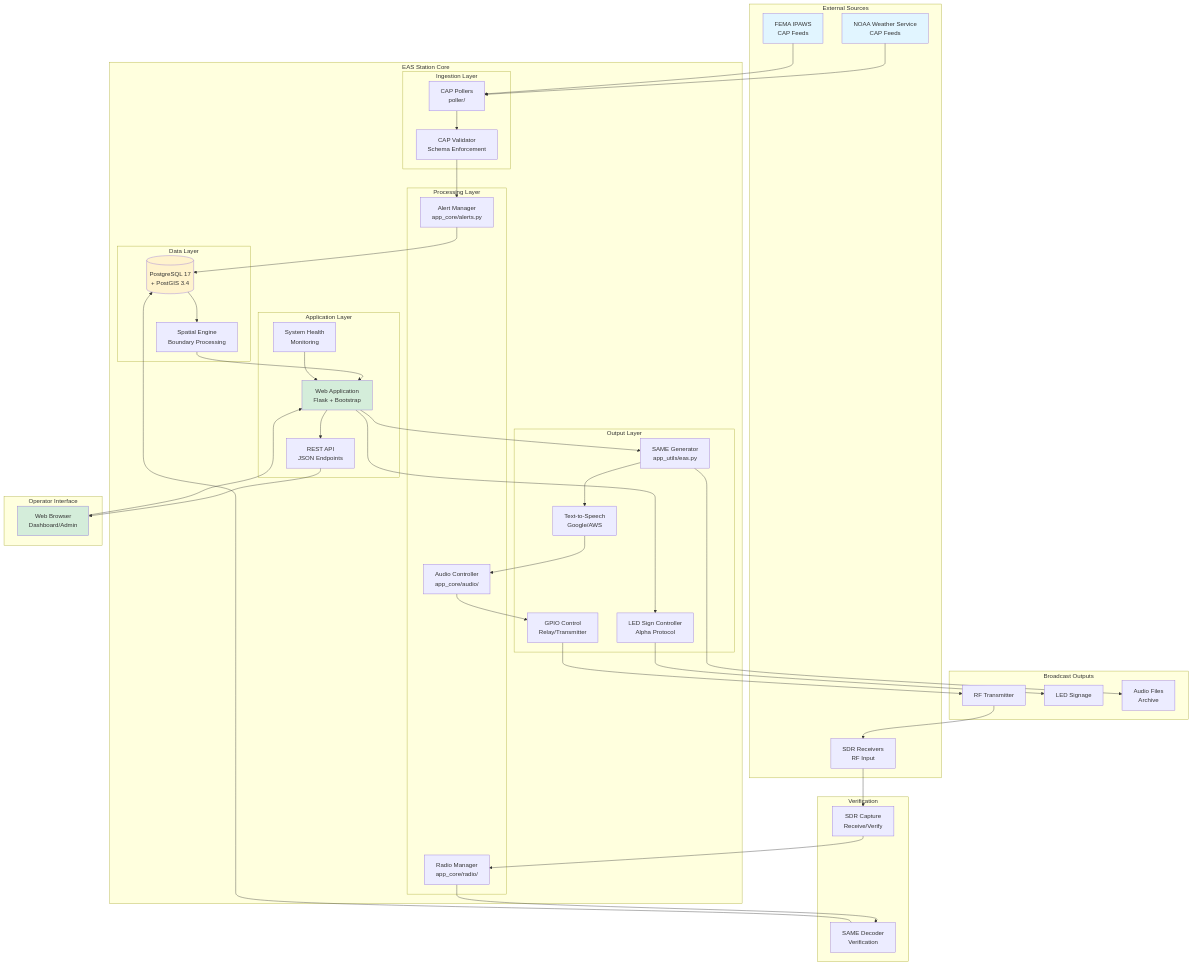
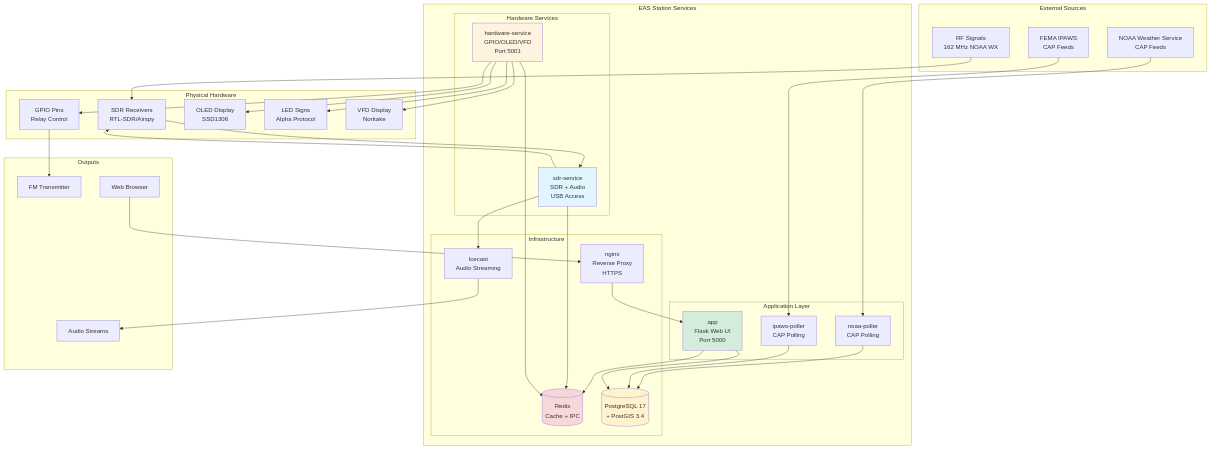
The first of 21 diagrams in docs/architecture/SYSTEM_ARCHITECTURE.md (KR8MER/eas-station), drawn with Mermaid before and after one commit. The commit also changed other lines of this file, not shown here.

First line of the commit message:
Update SYSTEM_ARCHITECTURE.md with separated service architecture

````diff
--- a/docs/architecture/SYSTEM_ARCHITECTURE.md
+++ b/docs/architecture/SYSTEM_ARCHITECTURE.md
@@ -36,84 +38,69 @@
     subgraph "External Sources"
         NOAA[NOAA Weather Service<br>CAP Feeds]
         IPAWS[FEMA IPAWS<br>CAP Feeds]
-        SDR_IN[SDR Receivers<br>RF Input]
+        RF[RF Signals<br>162 MHz NOAA WX]
     end
 
-    subgraph "EAS Station Core"
-        subgraph "Ingestion Layer"
-            POLLER[CAP Pollers<br>poller/]
-            VALIDATOR[CAP Validator<br>Schema Enforcement]
+    subgraph "EAS Station Services"
+        subgraph "Application Layer"
+            APP[app<br>Flask Web UI<br>Port 5000]
+            NOAA_POLL[noaa-poller<br>CAP Polling]
+            IPAWS_POLL[ipaws-poller<br>CAP Polling]
         end
 
-        subgraph "Data Layer"
-            DB[(PostgreSQL 17<br>+ PostGIS 3.4)]
-            SPATIAL[Spatial Engine<br>Boundary Processing]
+        subgraph "Hardware Services"
+            SDR_SVC[sdr-service<br>SDR + Audio<br>USB Access]
+            HW_SVC[hardware-service<br>GPIO/OLED/VFD<br>Port 5001]
         end
 
-        subgraph "Processing Layer"
-            ALERT_MGR[Alert Manager<br>app_core/alerts.py]
-            AUDIO_CTRL[Audio Controller<br>app_core/audio/]
-            RADIO_MGR[Radio Manager<br>app_core/radio/]
-        end
-
-        subgraph "Application Layer"
-            WEB[Web Application<br>Flask + Bootstrap]
-            API[REST API<br>JSON Endpoints]
-            HEALTH[System Health<br>Monitoring]
-        end
-
-        subgraph "Output Layer"
-            SAME[SAME Generator<br>app_utils/eas.py]
-            TTS[Text-to-Speech<br>Google/AWS]
-            GPIO[GPIO Control<br>Relay/Transmitter]
-            LED[LED Sign Controller<br>Alpha Protocol]
+        subgraph "Infrastructure"
+            REDIS[(Redis<br>Cache + IPC)]
+            DB[(PostgreSQL 17<br>+ PostGIS 3.4)]
+            ICECAST[Icecast<br>Audio Streaming]
+            NGINX[nginx<br>Reverse Proxy<br>HTTPS]
         end
     end
 
-    subgraph "Operator Interface"
-        BROWSER[Web Browser<br>Dashboard/Admin]
+    subgraph "Physical Hardware"
+        SDR_DEV[SDR Receivers<br>RTL-SDR/Airspy]
+        GPIO[GPIO Pins<br>Relay Control]
+        OLED[OLED Display<br>SSD1306]
+        LED[LED Signs<br>Alpha Protocol]
+        VFD[VFD Display<br>Noritake]
     end
 
-    subgraph "Broadcast Outputs"
-        TX[RF Transmitter]
-        LED_SIGN[LED Signage]
-        AUDIO_OUT[Audio Files<br>Archive]
+    subgraph "Outputs"
+        TX[FM Transmitter]
+        BROWSER[Web Browser]
+        STREAM[Audio Streams]
     end
 
-    subgraph "Verification"
-        SDR_CAP[SDR Capture<br>Receive/Verify]
-        DECODE[SAME Decoder<br>Verification]
-    end
+    %% Data flows
+    NOAA --> NOAA_POLL
+    IPAWS --> IPAWS_POLL
+    NOAA_POLL --> DB
+    IPAWS_POLL --> DB
+    RF --> SDR_DEV --> SDR_SVC
+    
+    APP --> DB
+    APP --> REDIS
+    SDR_SVC --> REDIS
+    SDR_SVC --> ICECAST
+    HW_SVC --> REDIS
+    
+    SDR_SVC --> SDR_DEV
+    HW_SVC --> GPIO --> TX
+    HW_SVC --> OLED
+    HW_SVC --> LED
+    HW_SVC --> VFD
+    
+    NGINX --> APP
+    BROWSER --> NGINX
+    ICECAST --> STREAM
 
-    %% Connections
-    NOAA --> POLLER
-    IPAWS --> POLLER
-    POLLER --> VALIDATOR
-    VALIDATOR --> ALERT_MGR
-    ALERT_MGR --> DB
-    DB --> SPATIAL
-    SPATIAL --> WEB
-    WEB --> API
-    API --> BROWSER
-    BROWSER --> WEB
-    WEB --> SAME
-    SAME --> TTS
-    TTS --> AUDIO_CTRL
-    AUDIO_CTRL --> GPIO
-    GPIO --> TX
-    WEB --> LED
-    LED --> LED_SIGN
-    SAME --> AUDIO_OUT
-    TX --> SDR_IN
-    SDR_IN --> SDR_CAP
-    SDR_CAP --> RADIO_MGR
-    RADIO_MGR --> DECODE
-    DECODE --> DB
-    HEALTH --> WEB
-
-    style NOAA fill:#e1f5ff
-    style IPAWS fill:#e1f5ff
+    style APP fill:#d4edda
+    style SDR_SVC fill:#e1f5ff
+    style HW_SVC fill:#fff3e0
     style DB fill:#fff3cd
-    style WEB fill:#d4edda
-    style BROWSER fill:#d4edda
+    style REDIS fill:#f8d7da
 ```
````
